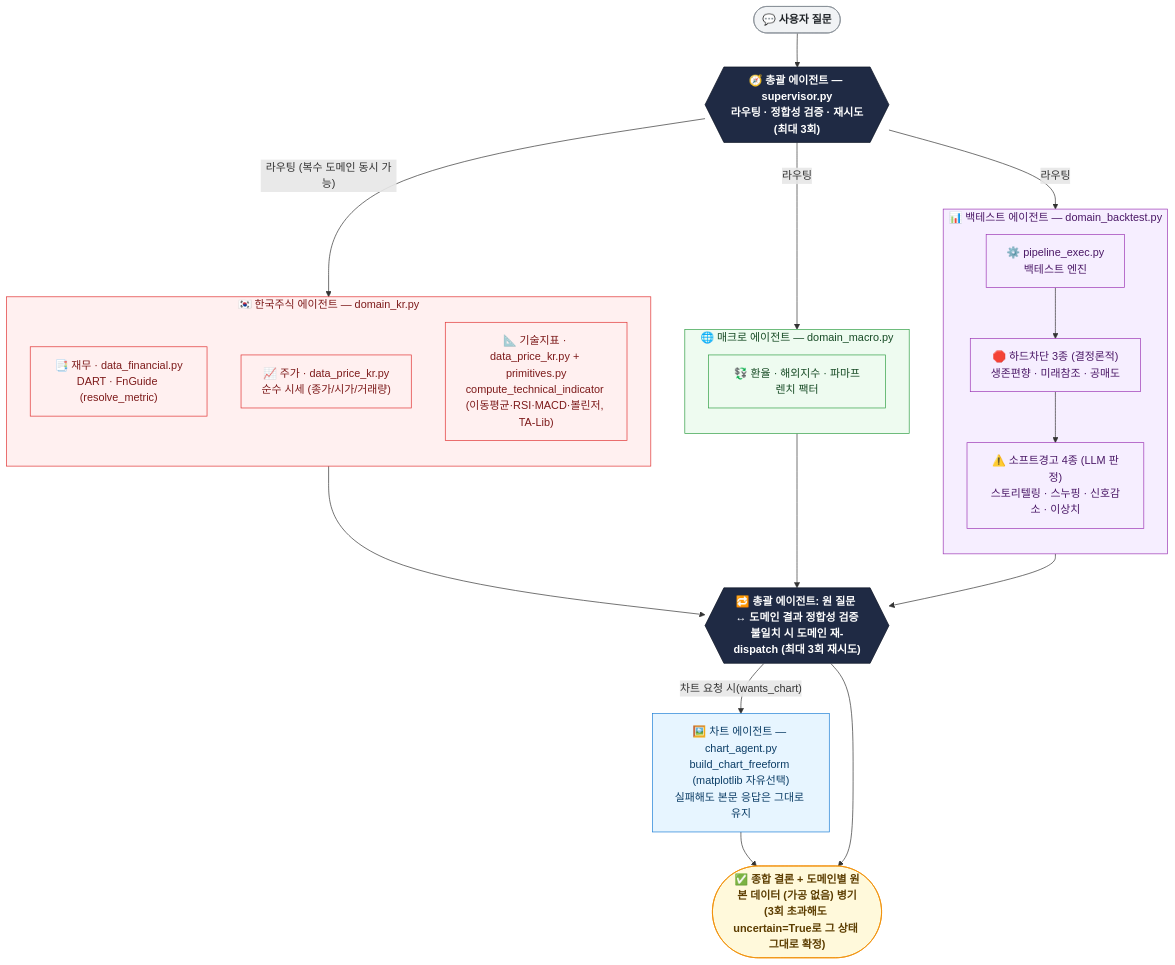
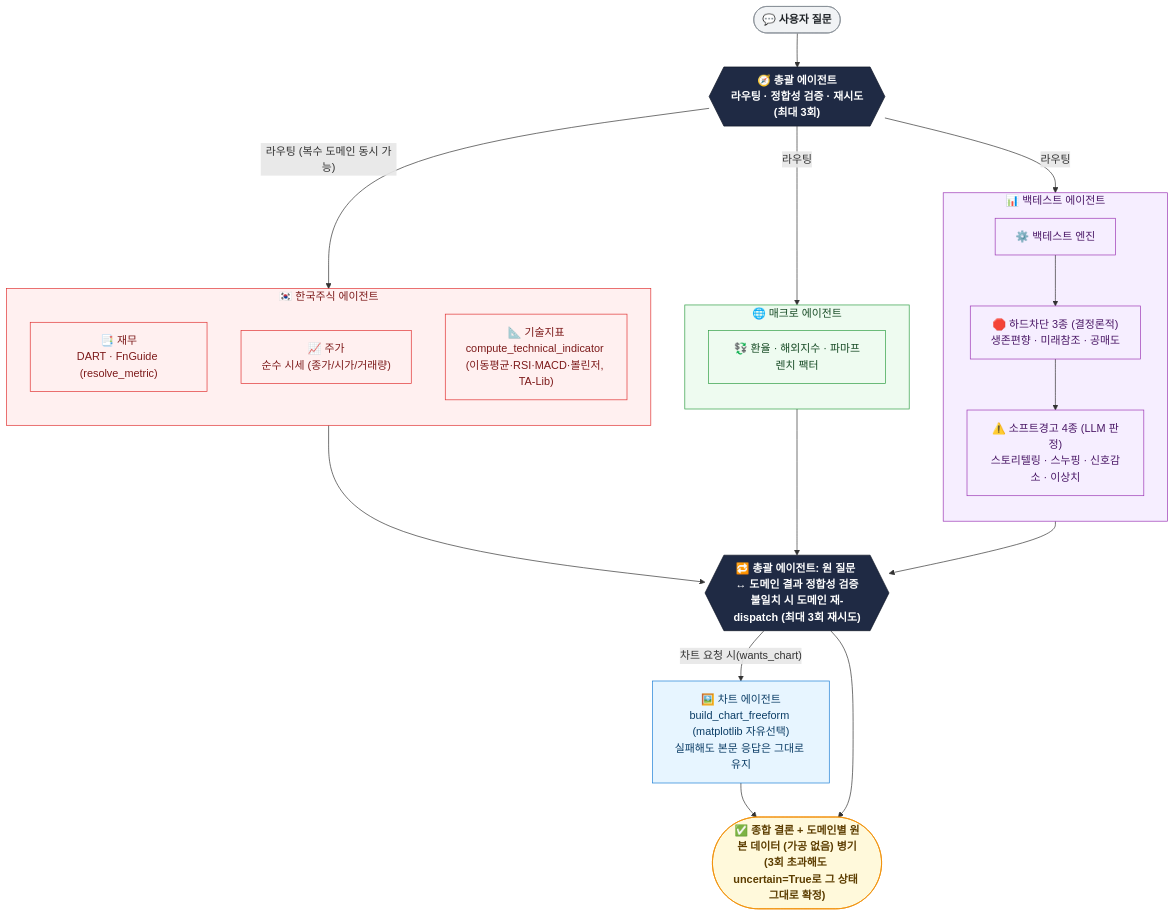
One commit to sonjong980304-tech/quant-assistant changed the diagram in README.md. Above: the diagram before and after it, drawn with Mermaid. The commit also changed other lines of this file, not shown here.

````diff
--- a/README.md
+++ b/README.md
@@ -163,61 +35,61 @@
 ```mermaid
 flowchart TB
     Q(["💬 사용자 질문"])
-    SUP{{"🧭 총괄 에이전트 — supervisor.py<br/>라우팅 · 정합성 검증 · 재시도(최대 3회)"}}
+    SUP{{"🧭 총괄 에이전트<br/>라우팅 · 정합성 검증 · 재시도(최대 3회)"}}
 
     Q --> SUP
 
-    subgraph KR_BOX["🇰🇷 한국주식 에이전트 — domain_kr.py"]
+    subgraph KR_BOX["🇰🇷 한국주식 에이전트"]
         direction TB
-        KR_FIN["📑 재무 · data_financial.py<br/>DART · FnGuide (resolve_metric)"]
-        KR_PRICE["📈 주가 · data_price_kr.py<br/>순수 시세 (종가/시가/거래량)"]
-        KR_TECH["📐 기술지표 · data_price_kr.py + primitives.py<br/>compute_technical_indicator (이동평균·RSI·MACD·볼린저, TA-Lib)"]
+        KR_FIN["📑 재무<br/>DART · FnGuide (resolve_metric)"]
+        KR_PRICE["📈 주가<br/>순수 시세 (종가/시가/거래량)"]
+        KR_TECH["📐 기술지표<br/>compute_technical_indicator (이동평균·RSI·MACD·볼린저, TA-Lib)"]
     end
 
-    subgraph MACRO_BOX["🌐 매크로 에이전트 — domain_macro.py"]
+    subgraph MACRO_BOX["🌐 매크로 에이전트"]
         direction TB
         MACRO_DATA["💱 환율 · 해외지수 · 파마프렌치 팩터"]
     end
 
-    subgraph BT_BOX["📊 백테스트 에이전트 — domain_backtest.py"]
+    subgraph BT_BOX["📊 백테스트 에이전트"]
         direction TB
-        BT_PIPE["⚙️ pipeline_exec.py<br/>백테스트 엔진"]
+        BT_PIPE["⚙️ 백테스트 엔진"]
         BT_HARD["🛑 하드차단 3종 (결정론적)<br/>생존편향 · 미래참조 · 공매도"]
         BT_SOFT["⚠️ 소프트경고 4종 (LLM 판정)<br/>스토리텔링 · 스누핑 · 신호감소 · 이상치"]
         BT_PIPE --> BT_HARD --> BT_SOFT
     end
 
     SUP -->|"라우팅 (복수 도메인 동시 가능)"| KR_BOX
     SUP -->|라우팅| MACRO_BOX
     SUP -->|라우팅| BT_BOX
 
     KR_BOX --> VERIFY
     MACRO_BOX --> VERIFY
     BT_BOX --> VERIFY
 
     VERIFY{{"🔁 총괄 에이전트: 원 질문 ↔ 도메인 결과 정합성 검증<br/>불일치 시 도메인 재-dispatch (최대 3회 재시도)"}}
 
-    CHART["🖼️ 차트 에이전트 — chart_agent.py<br/>build_chart_freeform (matplotlib 자유선택)<br/>실패해도 본문 응답은 그대로 유지"]
+    CHART["🖼️ 차트 에이전트<br/>build_chart_freeform (matplotlib 자유선택)<br/>실패해도 본문 응답은 그대로 유지"]
 
     VERIFY -->|"차트 요청 시(wants_chart)"| CHART
     CHART --> RESULT
     VERIFY --> RESULT
 
     RESULT(["✅ 종합 결론 + 도메인별 원본 데이터 (가공 없음) 병기<br/>(3회 초과해도 uncertain=True로 그 상태 그대로 확정)"])
 
     classDef q fill:#f1f3f5,stroke:#868e96,color:#212529,font-weight:bold
     classDef sup fill:#1f2a44,stroke:#0d1424,color:#ffffff,font-weight:bold
     classDef result fill:#fff9db,stroke:#f08c00,color:#5c3d00,font-weight:bold
     classDef kr fill:#fff0f0,stroke:#e03131,color:#7d1a1a
     classDef macro fill:#eefbf0,stroke:#2f9e44,color:#164a24
     classDef bt fill:#f6eeff,stroke:#9c36b5,color:#4a1766
     classDef chart fill:#e7f5ff,stroke:#1c7ed6,color:#0b3d66
 
     class Q q
     class SUP,VERIFY sup
     class RESULT result
     class KR_BOX,KR_FIN,KR_PRICE,KR_TECH kr
     class MACRO_BOX,MACRO_DATA macro
     class BT_BOX,BT_PIPE,BT_HARD,BT_SOFT bt
     class CHART chart
 ```
````
